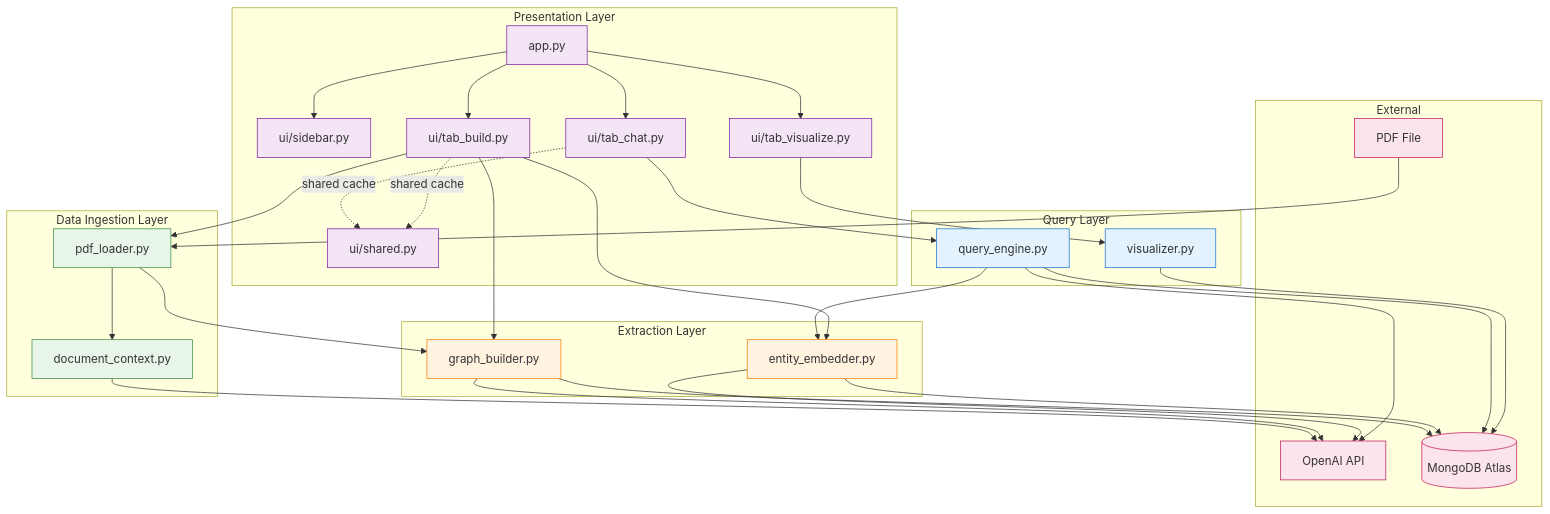
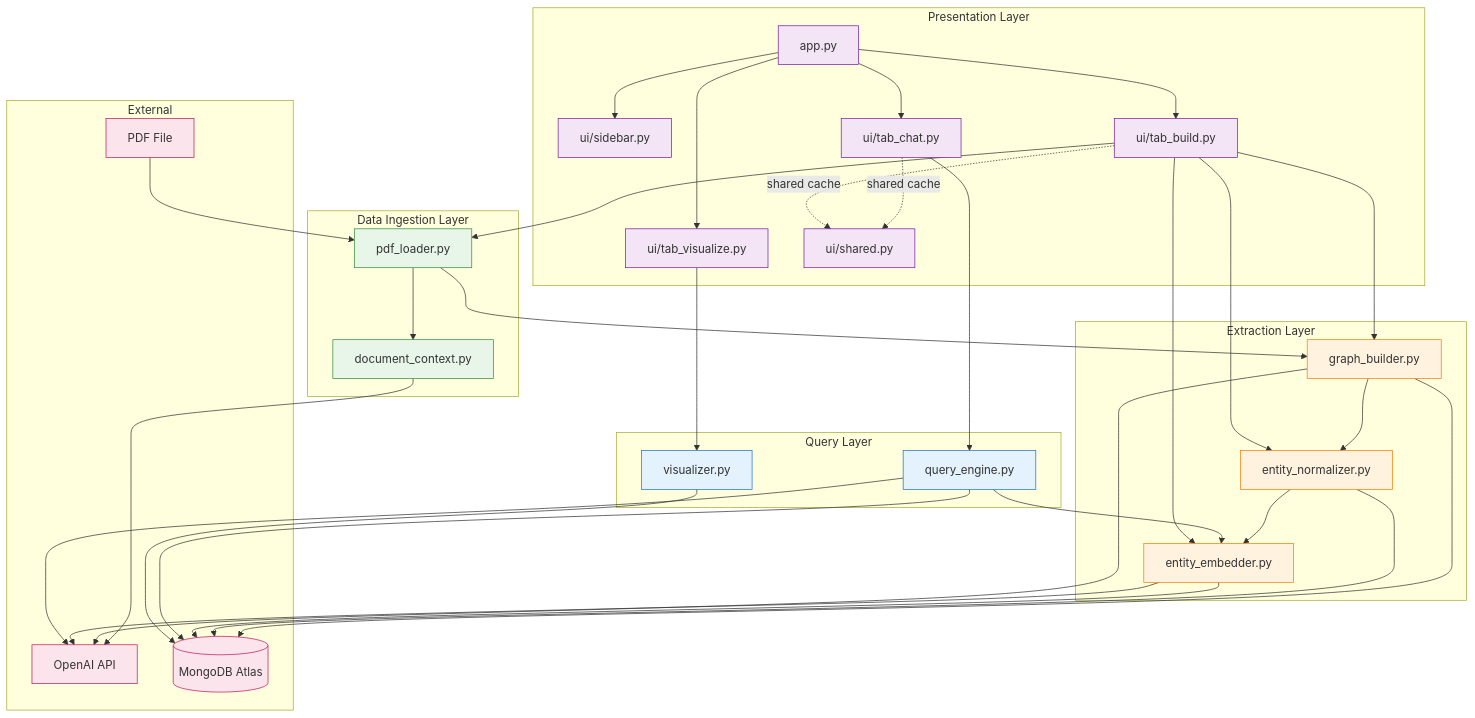
Before and after one commit to camping89/graphrag-demo: the first of 14 diagrams in docs/diagrams.md, drawn with Mermaid. The commit also changed other lines of this file and 10 other files, not shown here.

First line of the commit message:
docs: sync với codebase hiện tại (2-model split, entity normalizer, auto-flow)

````diff
--- a/docs/diagrams.md
+++ b/docs/diagrams.md
@@ -11,69 +11,74 @@
 ```mermaid
 graph TB
     subgraph "External"
         PDF[PDF File]
         OpenAI[OpenAI API]
         Atlas[(MongoDB Atlas)]
     end
 
     subgraph "Data Ingestion Layer"
         PDFLoader[pdf_loader.py]
         DocCtx[document_context.py]
     end
 
     subgraph "Extraction Layer"
         GraphBuilder[graph_builder.py]
+        EntityNormalizer[entity_normalizer.py]
         EntityEmbedder[entity_embedder.py]
     end
 
     subgraph "Query Layer"
         QueryEngine[query_engine.py]
         Visualizer[visualizer.py]
     end
 
     subgraph "Presentation Layer"
         AppPy[app.py]
         Sidebar[ui/sidebar.py]
         TabBuild[ui/tab_build.py]
         TabChat[ui/tab_chat.py]
         TabViz[ui/tab_visualize.py]
         Shared[ui/shared.py]
     end
 
     PDF --> PDFLoader
     PDFLoader --> DocCtx
     DocCtx --> OpenAI
     PDFLoader --> GraphBuilder
     GraphBuilder --> OpenAI
     GraphBuilder --> Atlas
+    GraphBuilder --> EntityNormalizer
+    EntityNormalizer --> Atlas
+    EntityNormalizer --> EntityEmbedder
     EntityEmbedder --> OpenAI
     EntityEmbedder --> Atlas
     QueryEngine --> OpenAI
     QueryEngine --> Atlas
     QueryEngine --> EntityEmbedder
     Visualizer --> Atlas
 
     AppPy --> Sidebar
     AppPy --> TabBuild
     AppPy --> TabChat
     AppPy --> TabViz
     TabBuild --> PDFLoader
     TabBuild --> GraphBuilder
+    TabBuild --> EntityNormalizer
     TabBuild --> EntityEmbedder
     TabChat --> QueryEngine
     TabViz --> Visualizer
     TabChat -.shared cache.-> Shared
     TabBuild -.shared cache.-> Shared
 
     classDef external fill:#fce4ec,stroke:#c2185b
     classDef ingestion fill:#e8f5e9,stroke:#388e3c
     classDef extraction fill:#fff3e0,stroke:#f57c00
     classDef query fill:#e3f2fd,stroke:#1976d2
     classDef ui fill:#f3e5f5,stroke:#7b1fa2
 
     class PDF,OpenAI,Atlas external
     class PDFLoader,DocCtx ingestion
-    class GraphBuilder,EntityEmbedder extraction
+    class GraphBuilder,EntityNormalizer,EntityEmbedder extraction
     class QueryEngine,Visualizer query
     class AppPy,Sidebar,TabBuild,TabChat,TabViz,Shared ui
 ```
````
